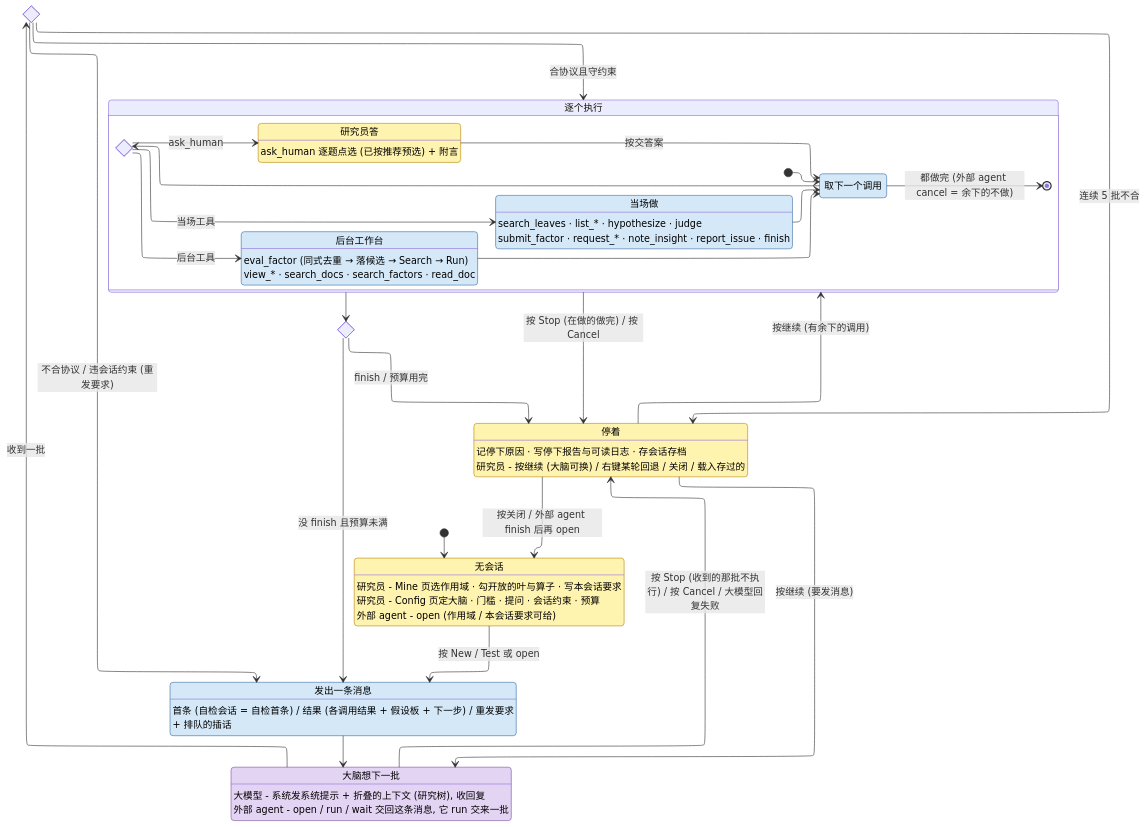
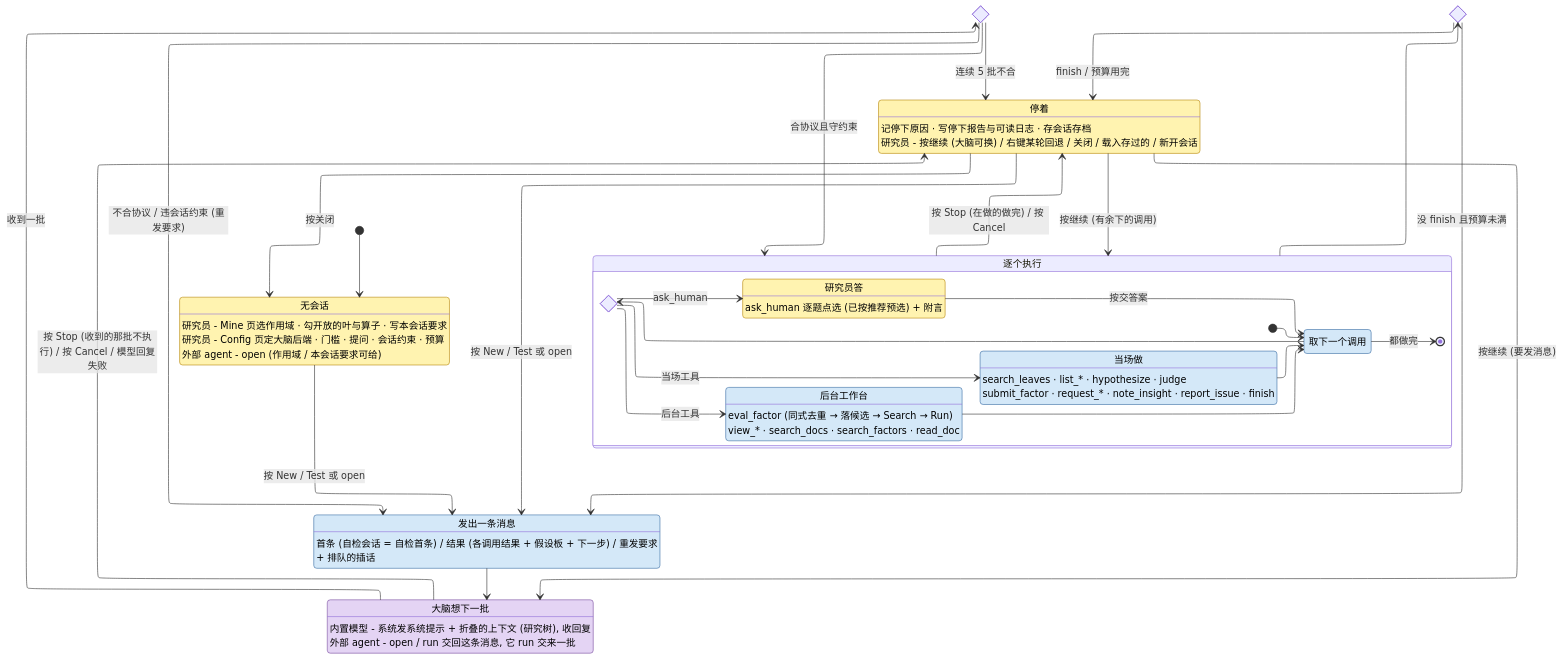
Before and after one commit to CoCoMilkyWay/stk: the diagram in AGENT.md, drawn with Mermaid. The commit also changed other lines of this file and 17 other files, not shown here.

````diff
--- a/AGENT.md
+++ b/AGENT.md
@@ -66,75 +63,76 @@
 ```mermaid
 ---
 config:
   layout: elk
 ---
 stateDiagram-v2
     direction TB
 
     state "无会话" as None
     None : 研究员 - Mine 页选作用域 · 勾开放的叶与算子 · 写本会话要求
-    None : 研究员 - Config 页定大脑 · 门槛 · 提问 · 会话约束 · 预算
+    None : 研究员 - Config 页定大脑后端 · 门槛 · 提问 · 会话约束 · 预算
     None : 外部 agent - open (作用域 / 本会话要求可给)
 
     state "发出一条消息" as Post
     Post : 首条 (自检会话 = 自检首条) / 结果 (各调用结果 + 假设板 + 下一步) / 重发要求
     Post : + 排队的插话
 
     state "大脑想下一批" as Think
-    Think : 大模型 - 系统发系统提示 + 折叠的上下文 (研究树), 收回复
-    Think : 外部 agent - open / run / wait 交回这条消息, 它 run 交来一批
+    Think : 内置模型 - 系统发系统提示 + 折叠的上下文 (研究树), 收回复
+    Think : 外部 agent - open / run 交回这条消息, 它 run 交来一批
 
     state Format <<choice>>
 
     state "逐个执行" as Act {
         direction LR
         state "取下一个调用" as Next
         state Kind <<choice>>
         state "当场做" as Sync
         Sync : search_leaves · list_* · hypothesize · judge
         Sync : submit_factor · request_* · note_insight · report_issue · finish
         state "后台工作台" as Lab
         Lab : eval_factor (同式去重 → 落候选 → Search → Run)
         Lab : view_* · search_docs · search_factors · read_doc
         state "研究员答" as Choose
         Choose : ask_human 逐题点选 (已按推荐预选) + 附言
 
         [*] --> Next
         Next --> Kind
         Kind --> Sync : 当场工具
         Kind --> Lab : 后台工具
         Kind --> Choose : ask_human
         Sync --> Next
         Lab --> Next
         Choose --> Next : 按交答案
-        Next --> [*] : 都做完 (外部 agent cancel = 余下的不做)
+        Next --> [*] : 都做完
     }
     state Fin <<choice>>
 
     state "停着" as Pause
     Pause : 记停下原因 · 写停下报告与可读日志 · 存会话存档
-    Pause : 研究员 - 按继续 (大脑可换) / 右键某轮回退 / 关闭 / 载入存过的
+    Pause : 研究员 - 按继续 (大脑可换) / 右键某轮回退 / 关闭 / 载入存过的 / 新开会话
 
     [*] --> None
     None --> Post : 按 New / Test 或 open
     Post --> Think
     Think --> Format : 收到一批
     Format --> Post : 不合协议 / 违会话约束 (重发要求)
     Format --> Act : 合协议且守约束
     Act --> Fin
     Fin --> Post : 没 finish 且预算未满
     Fin --> Pause : finish / 预算用完
     Format --> Pause : 连续 5 批不合
-    Think --> Pause : 按 Stop (收到的那批不执行) / 按 Cancel / 大模型回复失败
+    Think --> Pause : 按 Stop (收到的那批不执行) / 按 Cancel / 模型回复失败
     Act --> Pause : 按 Stop (在做的做完) / 按 Cancel
     Pause --> Think : 按继续 (要发消息)
     Pause --> Act : 按继续 (有余下的调用)
-    Pause --> None : 按关闭 / 外部 agent finish 后再 open
+    Pause --> Post : 按 New / Test 或 open
+    Pause --> None : 按关闭
 
     classDef human fill:#fff3b0,stroke:#b8860b,color:#000
     classDef brain fill:#e4d4f4,stroke:#7b4fa0,color:#000
     classDef sys fill:#d4e8f8,stroke:#3a6ea5,color:#000
     class None, Choose, Pause human
     class Think brain
     class Post, Next, Sync, Lab sys
 ```
````
